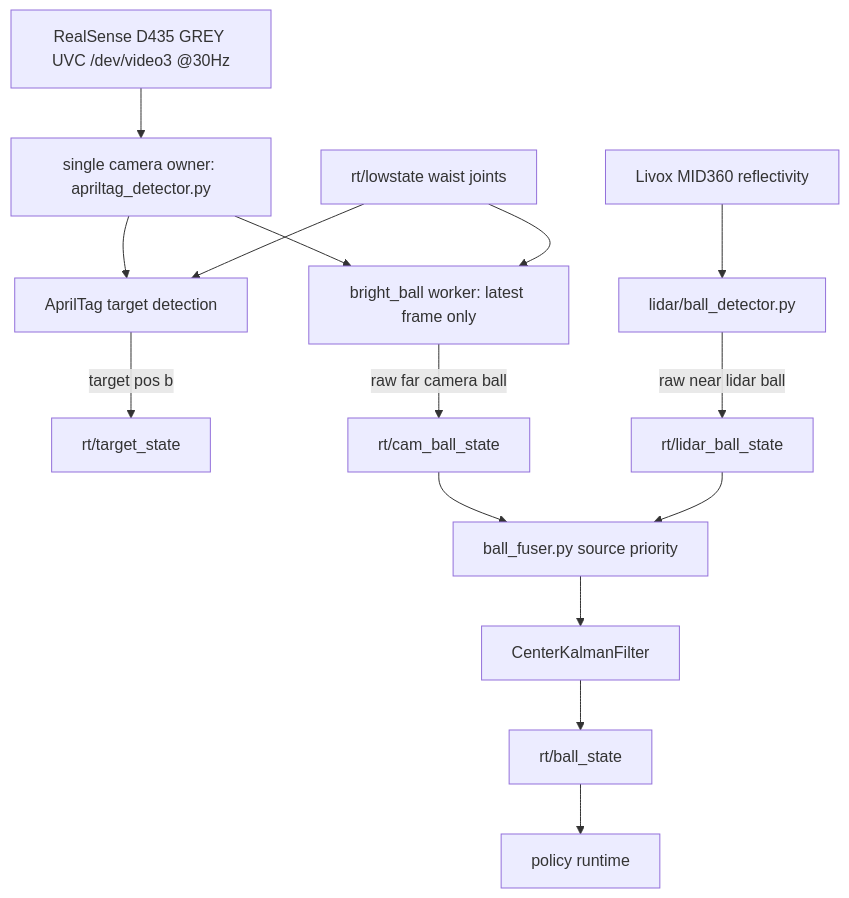
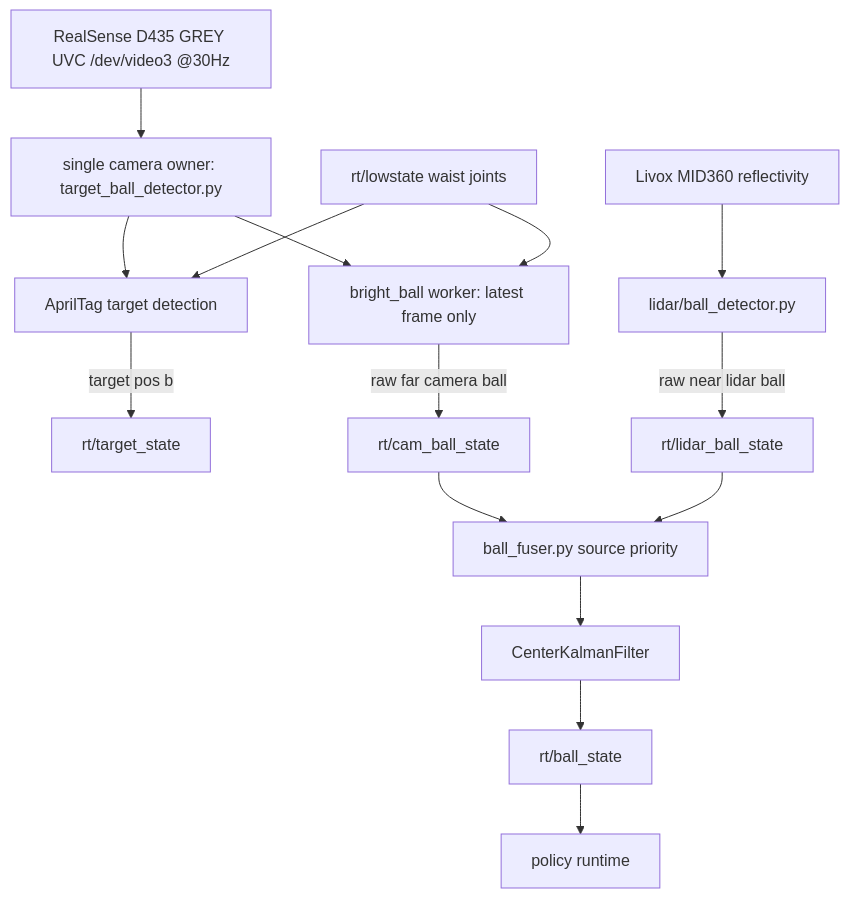
Before and after one commit to lu-yidan/RoboMimic_Deploy: the diagram in onboard/docs/CAMERA_PERCEPTION_ARCHITECTURE.md, drawn with Mermaid. The commit also changed other lines of this file and 10 other files, not shown here.

First line of the commit message:
Rename camera scripts/detector for clear per-sensor symmetry

````diff
--- a/onboard/docs/CAMERA_PERCEPTION_ARCHITECTURE.md
+++ b/onboard/docs/CAMERA_PERCEPTION_ARCHITECTURE.md
@@ -8,19 +8,19 @@
 ```mermaid
 flowchart TD
-    grayCamera["RealSense D435 GREY UVC /dev/video3 @30Hz"] --> cameraOwner["single camera owner: apriltag_detector.py"]
+    grayCamera["RealSense D435 GREY UVC /dev/video3 @30Hz"] --> cameraOwner["single camera owner: target_ball_detector.py"]
     cameraOwner --> april["AprilTag target detection"]
     cameraOwner --> bright["bright_ball worker: latest frame only"]
     lowstate["rt/lowstate waist joints"] --> april
     lowstate --> bright
     april -->|"target pos b"| targetTopic["rt/target_state"]
     bright -->|"raw far camera ball"| camBall["rt/cam_ball_state"]
 
     lidar["Livox MID360 reflectivity"] --> lidarDetector["lidar/ball_detector.py"]
     lidarDetector -->|"raw near lidar ball"| lidarBall["rt/lidar_ball_state"]
 
     camBall --> fuser["ball_fuser.py source priority"]
     lidarBall --> fuser
     fuser --> kf["CenterKalmanFilter"]
     kf --> finalBall["rt/ball_state"]
     finalBall --> policy["policy runtime"]
 ```
````
